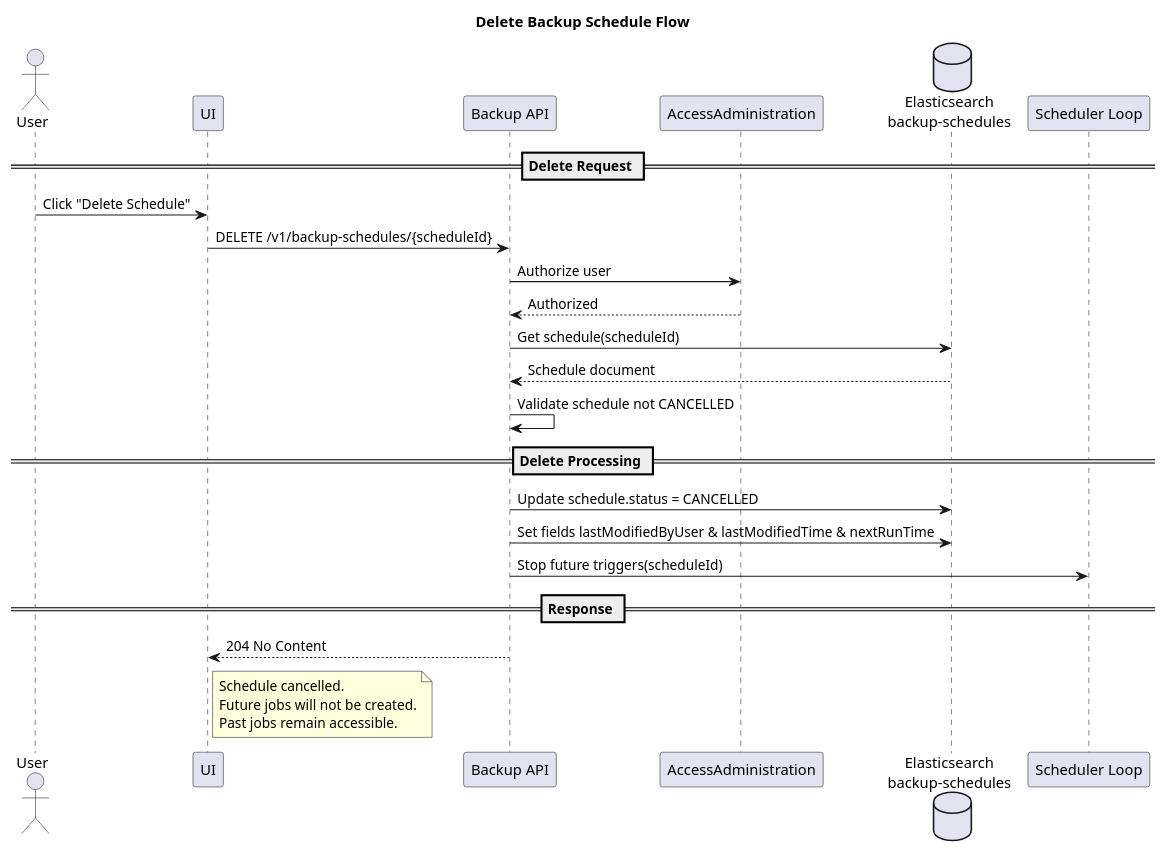
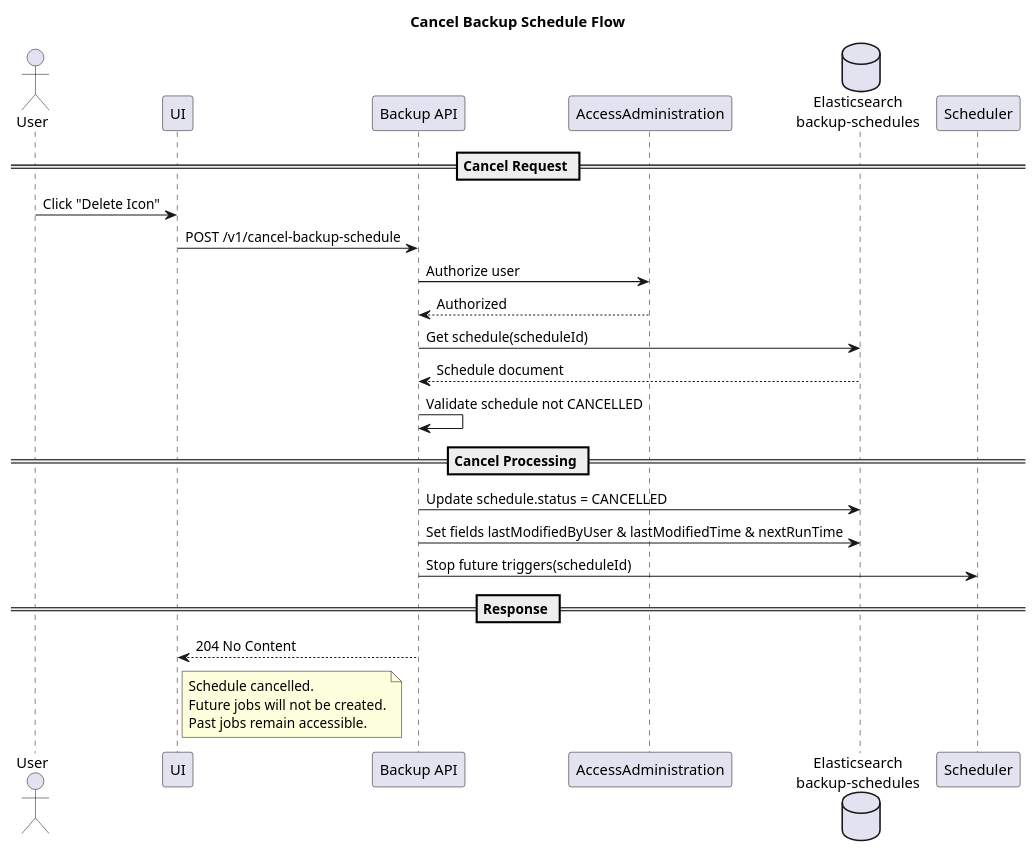
Before and after one commit to openBackhaul/_BackupAndRestore: the diagram in spec/diagrams/CancelBackupSchedule/CancelBackupSchedulePlantuml.plantuml, drawn with PlantUML. The commit also changed 17 other files, not shown here.

Commit message:
Modify Diagrams

```diff
--- a/spec/diagrams/CancelBackupSchedule/CancelBackupSchedulePlantuml.plantuml
+++ b/spec/diagrams/CancelBackupSchedule/CancelBackupSchedulePlantuml.plantuml
@@ -1,40 +1,40 @@
 @startuml
-title Delete Backup Schedule Flow
+title Cancel Backup Schedule Flow
 
 actor User
 participant UI
 participant "Backup API" as API
 participant "AccessAdministration" as Auth
 database "Elasticsearch\nbackup-schedules" as SchedES
-participant "Scheduler Loop" as Scheduler
+participant "Scheduler" as Scheduler
 
-== Delete Request ==
+== Cancel Request ==
 
-User -> UI : Click "Delete Schedule"
-UI -> API : DELETE /v1/backup-schedules/{scheduleId}
+User -> UI : Click "Delete Icon"
+UI -> API : POST /v1/cancel-backup-schedule
 
 API -> Auth : Authorize user
 Auth --> API : Authorized
 
 API -> SchedES : Get schedule(scheduleId)
 SchedES --> API : Schedule document
 
 API -> API : Validate schedule not CANCELLED
 
-== Delete Processing ==
+== Cancel Processing ==
 
 API -> SchedES : Update schedule.status = CANCELLED
 API -> SchedES : Set fields lastModifiedByUser & lastModifiedTime & nextRunTime
 
 API -> Scheduler : Stop future triggers(scheduleId)
 
 == Response ==
 
 API --> UI : 204 No Content
 note right of UI
 Schedule cancelled.
 Future jobs will not be created.
 Past jobs remain accessible.
 end note
 
 @enduml
```
